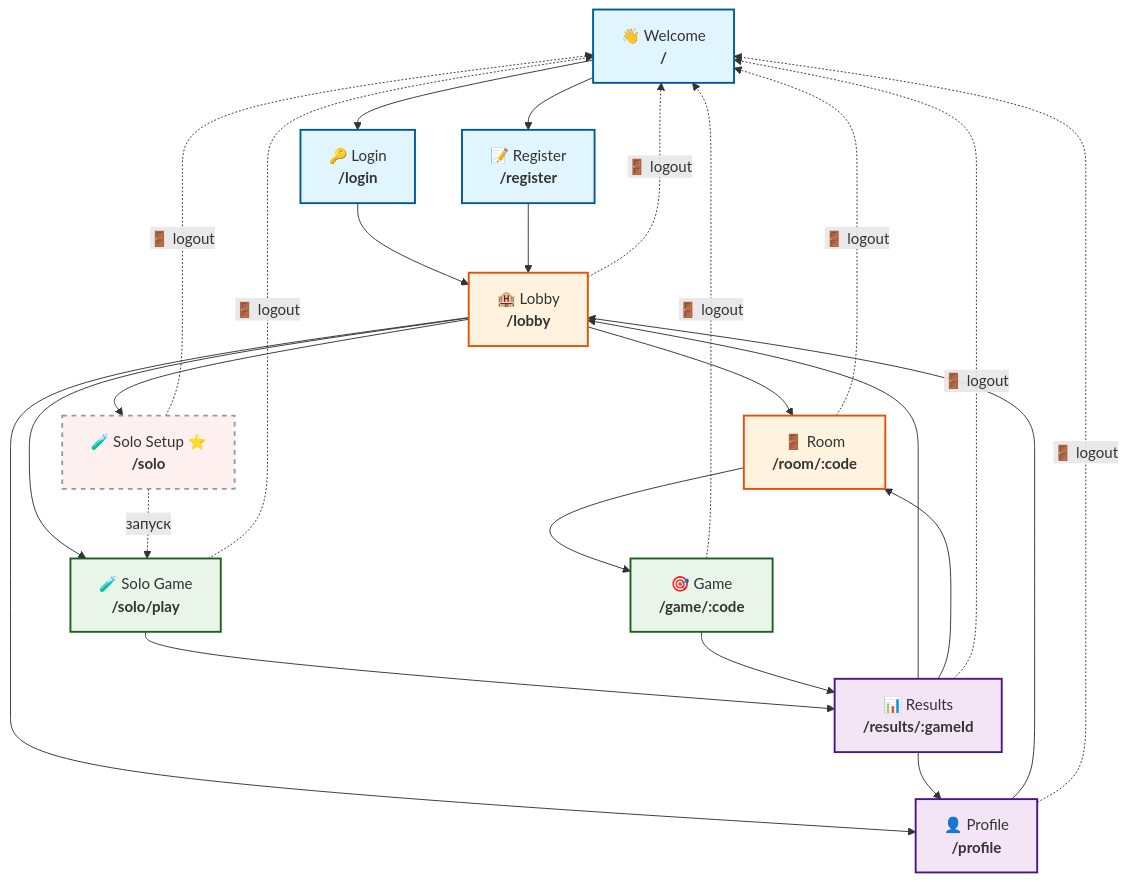
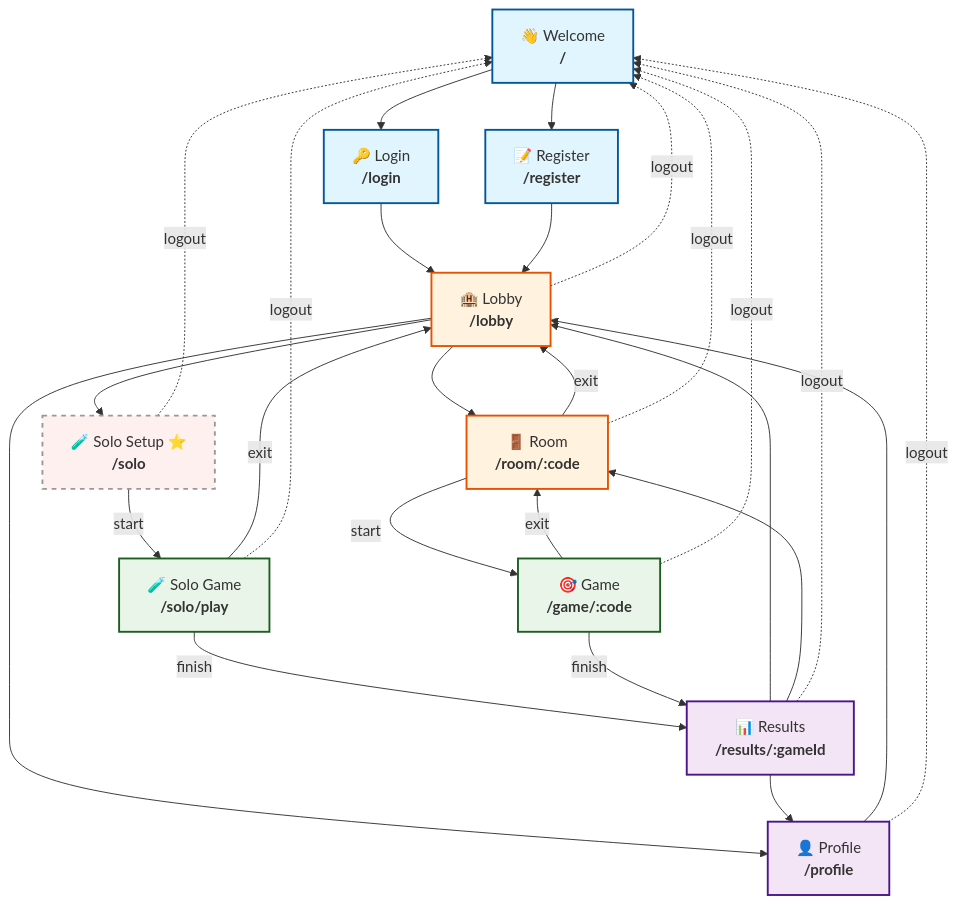
One commit to mvavilin/nova changed the fifth of 6 diagrams in technical-task.md. Above: the diagram before and after it, drawn with Mermaid. The commit also changed other lines of this file, not shown here.

Commit message:
docs: add user statuses, routing, and navigation diagram

````diff
--- a/technical-task.md
+++ b/technical-task.md
@@ -540,61 +653,64 @@
 ```mermaid
 graph TD
     %% Определение стилей
     classDef auth fill:#e1f5fe,stroke:#01579b,stroke-width:2px;
     classDef lobby fill:#fff3e0,stroke:#e65100,stroke-width:2px;
     classDef game fill:#e8f5e8,stroke:#1b5e20,stroke-width:2px;
     classDef profile fill:#f3e5f5,stroke:#4a148c,stroke-width:2px;
     classDef optional fill:#fff0f0,stroke:#999,stroke-dasharray: 5 5;
 
     %% Страницы с URL
     Welcome["👋 Welcome<br><b>/</b>"]
     Login["🔑 Login<br><b>/login</b>"]
     Register["📝 Register<br><b>/register</b>"]
     Lobby["🏨 Lobby<br><b>/lobby</b>"]
     Room["🚪 Room<br><b>/room/:code</b>"]
     Game["🎯 Game<br><b>/game/:code</b>"]
     SoloSetup["🧪 Solo Setup ⭐<br><b>/solo</b>"]
     SoloGame["🧪 Solo Game<br><b>/solo/play</b>"]
     Results["📊 Results<br><b>/results/:gameId</b>"]
     Profile["👤 Profile<br><b>/profile</b>"]
 
     %% Навигация
     Welcome --> Login
     Welcome --> Register
     
     Login --> Lobby
     Register --> Lobby
     
     Lobby --> Room
     Lobby --> SoloSetup
-    Lobby --> SoloGame
     Lobby --> Profile
     
-    SoloSetup -.->|запуск| SoloGame
-    SoloGame --> Results
+    SoloSetup -->|start| SoloGame
+    SoloGame -->|finish| Results
+    SoloGame -->|exit| Lobby
     
-    Room --> Game
-    Game --> Results
+    Room -->|start| Game
+    Room -->|exit| Lobby
+    
+    Game -->|finish| Results
+    Game -->|exit| Room
     
     Results --> Lobby
     Results --> Room
     Results --> Profile
     
     Profile --> Lobby
 
-    %% Выход (из любой точки)
-    Lobby -.->|🚪 logout| Welcome
-    Room -.->|🚪 logout| Welcome
-    Game -.->|🚪 logout| Welcome
-    SoloSetup -.->|🚪 logout| Welcome
-    SoloGame -.->|🚪 logout| Welcome
-    Results -.->|🚪 logout| Welcome
-    Profile -.->|🚪 logout| Welcome
+    %% Выход из системы (из любой точки)
+    Lobby -.->|logout| Welcome
+    Room -.->|logout| Welcome
+    Game -.->|logout| Welcome
+    SoloSetup -.->|logout| Welcome
+    SoloGame -.->|logout| Welcome
+    Results -.->|logout| Welcome
+    Profile -.->|logout| Welcome
 
     %% Применение стилей
     class Welcome,Login,Register auth;
     class Lobby,Room lobby;
     class Game,SoloSetup,SoloGame game;
     class Results,Profile profile;
     class SoloSetup optional;
 ```
````
